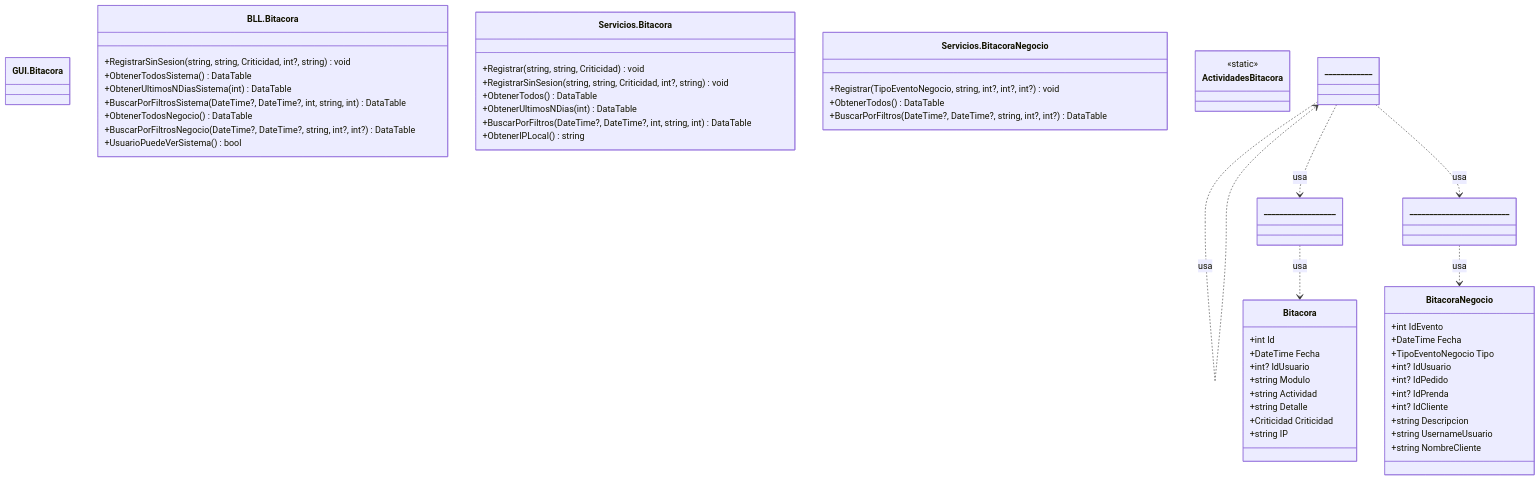
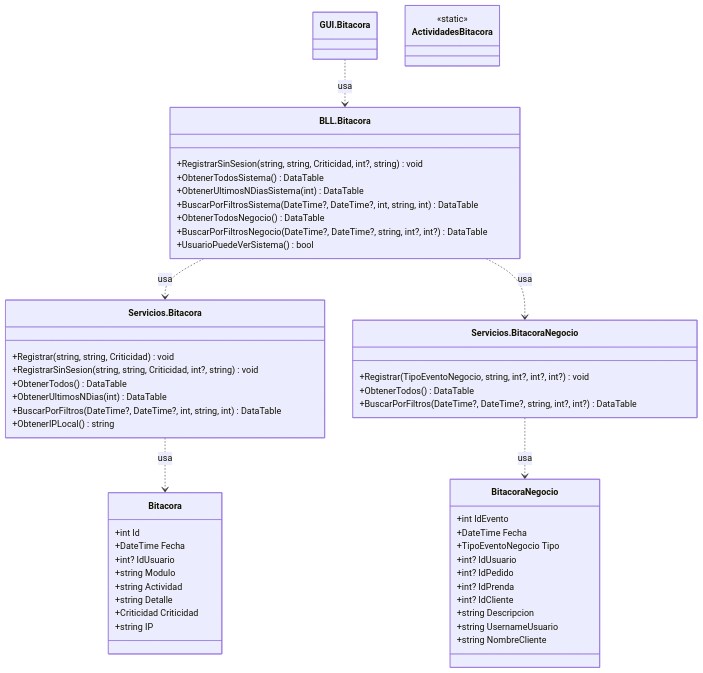
The diagram in docs/diagramas/mermaid/CLASES_T06a_bitacora.mmd (valentinamorana/Trabajo-de-Diploma), drawn with Mermaid before and after one commit. The commit also changed 25 other files, not shown here.

```diff
--- a/docs/diagramas/mermaid/CLASES_T06a_bitacora.mmd
+++ b/docs/diagramas/mermaid/CLASES_T06a_bitacora.mmd
@@ -1,56 +1,56 @@
 classDiagram
   direction TB
   class GUI_Bitacora["GUI.Bitacora"] {
   }
   class BLL_Bitacora["BLL.Bitacora"] {
     +RegistrarSinSesion(string,  string,  Criticidad,  int?,  string) void
     +ObtenerTodosSistema() DataTable
     +ObtenerUltimosNDiasSistema(int) DataTable
     +BuscarPorFiltrosSistema(DateTime?,  DateTime?,  int,  string,  int) DataTable
     +ObtenerTodosNegocio() DataTable
     +BuscarPorFiltrosNegocio(DateTime?,  DateTime?,  string,  int?,  int?) DataTable
     +UsuarioPuedeVerSistema() bool
   }
   class Servicios_Bitacora["Servicios.Bitacora"] {
     +Registrar(string,  string,  Criticidad) void
     +RegistrarSinSesion(string,  string,  Criticidad,  int?,  string) void
     +ObtenerTodos() DataTable
     +ObtenerUltimosNDias(int) DataTable
     +BuscarPorFiltros(DateTime?,  DateTime?,  int,  string,  int) DataTable
     +ObtenerIPLocal() string
   }
   class Servicios_BitacoraNegocio["Servicios.BitacoraNegocio"] {
     +Registrar(TipoEventoNegocio,  string,  int?,  int?,  int?) void
     +ObtenerTodos() DataTable
     +BuscarPorFiltros(DateTime?,  DateTime?,  string,  int?,  int?) DataTable
   }
   class Bitacora {
     +int Id
     +DateTime Fecha
     +int? IdUsuario
     +string Modulo
     +string Actividad
     +string Detalle
     +Criticidad Criticidad
     +string IP
   }
   class BitacoraNegocio {
     +int IdEvento
     +DateTime Fecha
     +TipoEventoNegocio Tipo
     +int? IdUsuario
     +int? IdPedido
     +int? IdPrenda
     +int? IdCliente
     +string Descripcion
     +string UsernameUsuario
     +string NombreCliente
   }
   class ActividadesBitacora {
     <<static>>
   }
-  ____________ ..> ____________ : usa
-  ____________ ..> __________________ : usa
-  ____________ ..> _________________________ : usa
-  __________________ ..> Bitacora : usa
-  _________________________ ..> BitacoraNegocio : usa
+  GUI_Bitacora ..> BLL_Bitacora : usa
+  BLL_Bitacora ..> Servicios_Bitacora : usa
+  BLL_Bitacora ..> Servicios_BitacoraNegocio : usa
+  Servicios_Bitacora ..> Bitacora : usa
+  Servicios_BitacoraNegocio ..> BitacoraNegocio : usa
```
